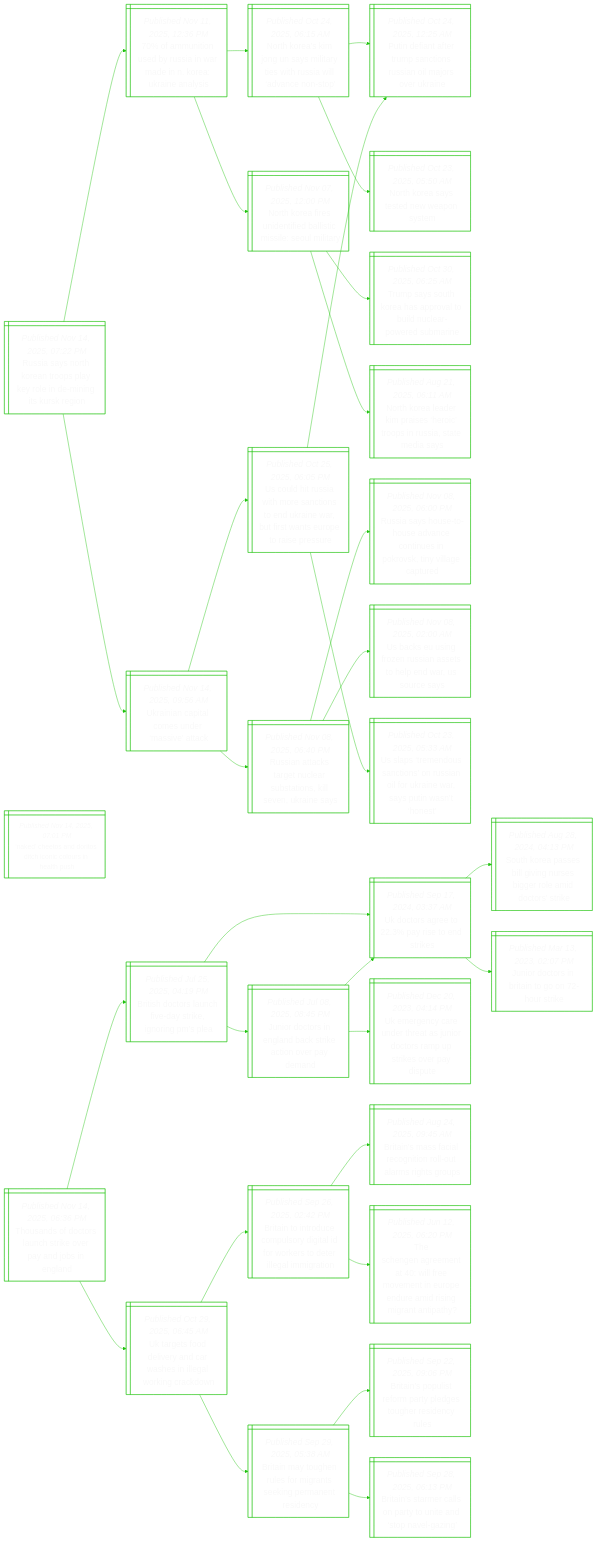
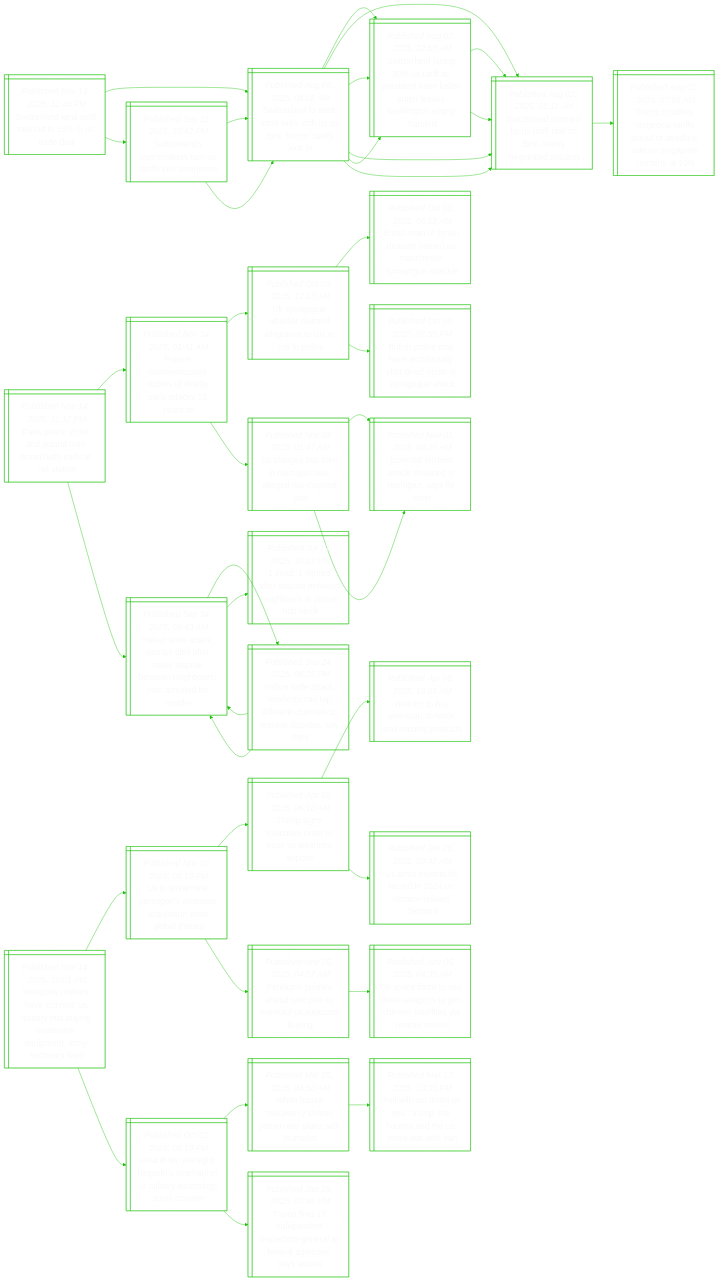
The diagram in README.md (notJmes/notJmes), drawn with Mermaid before and after one commit. The commit also changed other lines of this file, not shown here.

````diff
--- a/README.md
+++ b/README.md
@@ -16,100 +16,121 @@
 flowchart LR
 classDef txtsize font-size:20px;
 
-RaNKnpyodisko@{ shape: win-pane, label: "_Published Nov 14, 2025, 07:22 PM_
-Russia says north korean troops play key role in de-mining its kursk region" }
-ouodsnaNaias@{ shape: win-pane, label: "_Published Nov 11, 2025, 12:36 PM_
-70% of ammunition used by russia in war made in n. korea: ukraine analysis" }
-NKsosirsRaacs@{ shape: win-pane, label: "_Published Oct 24, 2025, 06:15 AM_
-North korea’s kim jong un says military ties with russia will ‘advance non-stop’" }
-Pdnemcsilrri@{ shape: win-pane, label: "_Published Oct 24, 2025, 12:25 AM_
-Putin defiant after trump sanctions russian oil majors over ukraine" }
-NKsenay@{ shape: win-pane, label: "_Published Oct 23, 2025, 05:50 AM_
-North korea says tested new weapon system" }
-NKfunelcioly@{ shape: win-pane, label: "_Published Nov 07, 2025, 12:00 PM_
-North korea fires unidentified ballistic missile: seoul military" }
-Tsooartlloda@{ shape: win-pane, label: "_Published Oct 30, 2025, 06:25 AM_
-Trump says south korea has approval to build nuclear-powered submarine" }
-NKlrrsioRaea@{ shape: win-pane, label: "_Published Aug 21, 2025, 06:11 AM_
-North korea leader kim praises ‘heroic’ troops in russia, state media says" }
-Unalsrit@{ shape: win-pane, label: "_Published Nov 14, 2025, 09:56 AM_
-Ukrainian capital comes under ‘massive’ attack" }
-Raaanasoleaa@{ shape: win-pane, label: "_Published Nov 08, 2025, 06:40 PM_
-Russian attacks target nuclear substations, kill seven, ukraine says" }
-RahtsaouPvnlae@{ shape: win-pane, label: "_Published Nov 08, 2025, 06:00 PM_
-Russia says house-to-house advance continues in pokrovsk, tiny village captured" }
-UksrRaehnUry@{ shape: win-pane, label: "_Published Nov 08, 2025, 02:00 AM_
-Us backs eu using frozen russian assets to help end war, us source says" }
-UlRamaoerwttsparr@{ shape: win-pane, label: "_Published Oct 25, 2025, 06:05 PM_
-Us could hit russia with more sanctions to end ukraine war, but first wants europe to raise pressure" }
-UpmucssorirPwht@{ shape: win-pane, label: "_Published Oct 23, 2025, 05:33 AM_
-Us slaps ‘tremendous sanctions’ on russian oil for ukraine war, says putin wasn’t ‘honest’" }
-Pdnemcsilrri@{ shape: win-pane, label: "_Published Oct 24, 2025, 12:25 AM_
-Putin defiant after trump sanctions russian oil majors over ukraine" }
+Sedtfcire@{ shape: win-pane, label: "_Published Nov 14, 2025, 11:44 PM_
+Switzerland wins tariff rate cut to 15% in us trade deal" }
+SedeesUotfk@{ shape: win-pane, label: "_Published Aug 08, 2025, 04:08 AM_
+Switzerland to seek more talks with us as 39% ‘horror’ tariffs kick in" }
+Sednaastnetaagma@{ shape: win-pane, label: "_Published Aug 07, 2025, 12:50 AM_
+Switzerland facing 39% us tariff as president karin keller-sutter leaves washington empty-handed" }
+SednUiteeaoo@{ shape: win-pane, label: "_Published Aug 02, 2025, 05:11 AM_
+Switzerland stunned by us tariff rate of 39%, seeks negotiated solution" }
+SednUiteeaoo@{ shape: win-pane, label: "_Published Aug 02, 2025, 05:11 AM_
+Switzerland stunned by us tariff rate of 39%, seeks negotiated solution" }
+SednUiteeaoo@{ shape: win-pane, label: "_Published Aug 02, 2025, 05:11 AM_
+Switzerland stunned by us tariff rate of 39%, seeks negotiated solution" }
+Tmiccraodrnarn@{ shape: win-pane, label: "_Published Aug 01, 2025, 07:56 AM_
+Trump modifies reciprocal tariffs ahead of deadline; rate on singapore remains at 10%" }
+Sedcerasti@{ shape: win-pane, label: "_Published Sep 11, 2025, 10:42 PM_
+Switzerland’s watchmakers turn us tariffs into timepieces" }
+SedeesUotfk@{ shape: win-pane, label: "_Published Aug 08, 2025, 04:08 AM_
+Switzerland to seek more talks with us as 39% ‘horror’ tariffs kick in" }
+Sednaastnetaagma@{ shape: win-pane, label: "_Published Aug 07, 2025, 12:50 AM_
+Switzerland facing 39% us tariff as president karin keller-sutter leaves washington empty-handed" }
+SednUiteeaoo@{ shape: win-pane, label: "_Published Aug 02, 2025, 05:11 AM_
+Switzerland stunned by us tariff rate of 39%, seeks negotiated solution" }
+SedeesUotfk@{ shape: win-pane, label: "_Published Aug 08, 2025, 04:08 AM_
+Switzerland to seek more talks with us as 39% ‘horror’ tariffs kick in" }
+Sednaastnetaagma@{ shape: win-pane, label: "_Published Aug 07, 2025, 12:50 AM_
+Switzerland facing 39% us tariff as president karin keller-sutter leaves washington empty-handed" }
+SednUiteeaoo@{ shape: win-pane, label: "_Published Aug 02, 2025, 05:11 AM_
+Switzerland stunned by us tariff rate of 39%, seeks negotiated solution" }
 
-RaNKnpyodisko:::txtsize --> ouodsnaNaias:::txtsize
-ouodsnaNaias:::txtsize --> NKsosirsRaacs:::txtsize
-NKsosirsRaacs:::txtsize --> Pdnemcsilrri:::txtsize
-NKsosirsRaacs:::txtsize --> NKsenay:::txtsize
-ouodsnaNaias:::txtsize --> NKfunelcioly:::txtsize
-NKfunelcioly:::txtsize --> Tsooartlloda:::txtsize
-NKfunelcioly:::txtsize --> NKlrrsioRaea:::txtsize
-RaNKnpyodisko:::txtsize --> Unalsrit:::txtsize
-Unalsrit:::txtsize --> Raaanasoleaa:::txtsize
-Raaanasoleaa:::txtsize --> RahtsaouPvnlae:::txtsize
-Raaanasoleaa:::txtsize --> UksrRaehnUry:::txtsize
-Unalsrit:::txtsize --> UlRamaoerwttsparr:::txtsize
-UlRamaoerwttsparr:::txtsize --> UpmucssorirPwht:::txtsize
-UlRamaoerwttsparr:::txtsize --> Pdnemcsilrri:::txtsize
+Sedtfcire:::txtsize --> SedeesUotfk:::txtsize
+SedeesUotfk:::txtsize --> Sednaastnetaagma:::txtsize
+Sednaastnetaagma:::txtsize --> SednUiteeaoo:::txtsize
+Sednaastnetaagma:::txtsize --> SednUiteeaoo:::txtsize
+SedeesUotfk:::txtsize --> SednUiteeaoo:::txtsize
+SednUiteeaoo:::txtsize --> Tmiccraodrnarn:::txtsize
+Sedtfcire:::txtsize --> Sedcerasti:::txtsize
+Sedcerasti:::txtsize --> SedeesUotfk:::txtsize
+SedeesUotfk:::txtsize --> Sednaastnetaagma:::txtsize
+SedeesUotfk:::txtsize --> SednUiteeaoo:::txtsize
+Sedcerasti:::txtsize --> SedeesUotfk:::txtsize
+SedeesUotfk:::txtsize --> Sednaastnetaagma:::txtsize
+SedeesUotfk:::txtsize --> SednUiteeaoo:::txtsize
 
-NCoDocnlils@{ shape: win-pane, label: "_Published Nov 14, 2025, 07:01 PM_
-‘naked’ cheetos and doritos ditch iconic colours in health push" }
+Ppetoaeheit@{ shape: win-pane, label: "_Published Nov 14, 2025, 11:12 PM_
+Paris police shoot and wound man armed with knife at rail station" }
+Feetcodrtyo@{ shape: win-pane, label: "_Published Nov 14, 2025, 01:41 AM_
+France commemorates victims of deadly paris attacks 10 years on" }
+UaecldgeIape@{ shape: win-pane, label: "_Published Oct 09, 2025, 12:13 AM_
+Uk synagogue attacker claimed allegiance to isis in call to police" }
+Bsoisnaceaec@{ shape: win-pane, label: "_Published Oct 03, 2025, 06:58 AM_
+British man of syrian descent named as manchester synagogue attacker" }
+Bsiyaeltvmnua@{ shape: win-pane, label: "_Published Oct 03, 2025, 07:55 PM_
+British police may have accidentally shot dead victim in synagogue attack" }
+Urwiholdiro@{ shape: win-pane, label: "_Published Nov 04, 2025, 01:47 AM_
+Us charges two men in michigan over alleged isis-inspired plot" }
+Pteitheiash@{ shape: win-pane, label: "_Published Nov 01, 2025, 04:36 AM_
+‘potential terrorist attack’ thwarted in michigan, says fbi chief" }
+Pteitheiash@{ shape: win-pane, label: "_Published Nov 01, 2025, 04:36 AM_
+‘potential terrorist attack’ thwarted in michigan, says fbi chief" }
+Ynecasreutnbmrdu@{ shape: win-pane, label: "_Published Sep 24, 2025, 09:43 AM_
+Yishun knife attack: woman dies after noise dispute between neighbours; man arrested for murder" }
+YnecisaftnolssP@{ shape: win-pane, label: "_Published Sep 24, 2025, 08:25 PM_
+Yishun knife attack: residents can tap different channels to resolve disputes, say mps" }
+Ynecasreutnbmrdu@{ shape: win-pane, label: "_Published Sep 24, 2025, 09:43 AM_
+Yishun knife attack: woman dies after noise dispute between neighbours; man arrested for murder" }
+Ynecasreutnbmrdu@{ shape: win-pane, label: "_Published Sep 24, 2025, 09:43 AM_
+Yishun knife attack: woman dies after noise dispute between neighbours; man arrested for murder" }
+dndrutnbahBk@{ shape: win-pane, label: "_Published Jul 19, 2025, 10:27 PM_
+1 dead, 1 injured after dispute between neighbours at yishun hdb block" }
 
+Ppetoaeheit:::txtsize --> Feetcodrtyo:::txtsize
+Feetcodrtyo:::txtsize --> UaecldgeIape:::txtsize
+UaecldgeIape:::txtsize --> Bsoisnaceaec:::txtsize
+UaecldgeIape:::txtsize --> Bsiyaeltvmnua:::txtsize
+Feetcodrtyo:::txtsize --> Urwiholdiro:::txtsize
+Urwiholdiro:::txtsize --> Pteitheiash:::txtsize
+Urwiholdiro:::txtsize --> Pteitheiash:::txtsize
+Ppetoaeheit:::txtsize --> Ynecasreutnbmrdu:::txtsize
+Ynecasreutnbmrdu:::txtsize --> YnecisaftnolssP:::txtsize
+YnecisaftnolssP:::txtsize --> Ynecasreutnbmrdu:::txtsize
+YnecisaftnolssP:::txtsize --> Ynecasreutnbmrdu:::txtsize
+Ynecasreutnbmrdu:::txtsize --> dndrutnbahBk:::txtsize
 
-Tafoutoajna@{ shape: win-pane, label: "_Published Nov 14, 2025, 06:36 PM_
-Thousands of doctors launch strike over pay and jobs in england" }
-Bstafaingl@{ shape: win-pane, label: "_Published Jul 25, 2025, 04:19 PM_
-British doctors launch five-day strike, ignoring pm’s plea" }
-Utgoier@{ shape: win-pane, label: "_Published Sep 17, 2024, 03:37 AM_
-Uk doctors agree to 22.3% pay rise to end strikes" }
-SKpsggegldor@{ shape: win-pane, label: "_Published Aug 28, 2024, 04:13 PM_
-South korea passes bill giving nurses bigger role amid doctors’ strike" }
-JroBioui@{ shape: win-pane, label: "_Published Mar 13, 2023, 02:07 PM_
-Junior doctors in britain to go on 72-hour strike" }
-JroEnkkiedd@{ shape: win-pane, label: "_Published Jul 08, 2025, 08:45 PM_
-Junior doctors in england back strike action over pay demand" }
-Utgoier@{ shape: win-pane, label: "_Published Sep 17, 2024, 03:37 AM_
-Uk doctors agree to 22.3% pay rise to end strikes" }
-Uryuttnosuivyu@{ shape: win-pane, label: "_Published Dec 20, 2023, 04:14 PM_
-Uk emergency care under threat as junior doctors ramp up strikes over pay dispute" }
-Ugolyahiakro@{ shape: win-pane, label: "_Published Oct 29, 2025, 06:45 AM_
-Uk targets food delivery and car washes in illegal working crackdown" }
-BinumogIwrellgo@{ shape: win-pane, label: "_Published Sep 26, 2025, 02:42 PM_
-Britain to introduce compulsory digital id for workers to deter illegal immigration" }
-Bisictotmho@{ shape: win-pane, label: "_Published Aug 24, 2025, 09:45 AM_
-Britain’s mass facial recognition roll-out alarms rights groups" }
-ThnealmeEerdnrnt@{ shape: win-pane, label: "_Published Jun 12, 2025, 06:20 PM_
-The schengen agreement at 40: will free movement in europe endure amid rising migrant antipathy?" }
-Biteemnepnen@{ shape: win-pane, label: "_Published Sep 29, 2025, 05:38 AM_
-Britain may toughen rules for migrants seeking permanent residency" }
-Biptrtdordr@{ shape: win-pane, label: "_Published Sep 22, 2025, 09:06 PM_
-Britain’s populist reform party pledges tougher residency rules" }
-Biacotnnpln@{ shape: win-pane, label: "_Published Sep 28, 2025, 06:13 PM_
-Britain’s starmer calls on party to unite and ‘stop navel-gazing’" }
+WnevnmatipvitSta@{ shape: win-pane, label: "_Published Nov 14, 2025, 10:01 PM_
+Weapons makers have ‘conned’ us military into buying expensive equipment, army secretary says" }
+Utleoaasngla@{ shape: win-pane, label: "_Published Nov 07, 2025, 08:10 PM_
+Us to streamline pentagon’s weapons acquisition amid global threats" }
+TsetroUpxs@{ shape: win-pane, label: "_Published Apr 10, 2025, 06:10 AM_
+Trump signs executive order to ease us weapons exports" }
+Vaurdcsios@{ shape: win-pane, label: "_Published Apr 08, 2025, 10:05 AM_
+Vietnam to buy american defence and security products" }
+Usrtrnildd@{ shape: win-pane, label: "_Published Jan 25, 2025, 03:42 AM_
+Us arms exports hit record in 2024 on ukraine-related demand" }
+Pgshiavuesn@{ shape: win-pane, label: "_Published Nov 05, 2025, 04:57 AM_
+Pentagon pushes ahead with plan to overhaul us weapons buying" }
+Uccsepohelseco@{ shape: win-pane, label: "_Published Nov 05, 2025, 04:35 AM_
+Us space force to use three weapons to jam chinese satellites via remote control" }
+Alvggshflyhscr@{ shape: win-pane, label: "_Published Oct 02, 2025, 06:19 PM_
+‘assault on oversight’: hegseth’s overhaul of us military watchdogs spurs concern" }
+WHmkssnliui@{ shape: win-pane, label: "_Published Mar 25, 2025, 04:50 AM_
+White house mistakenly shares yemen war plans with journalist" }
+Hiinuposhrah@{ shape: win-pane, label: "_Published Mar 17, 2025, 03:35 PM_
+‘hell will rain down on you’: trump, the houthis and the us’ proxy war with iran" }
+Tfietesrfanso@{ shape: win-pane, label: "_Published Jan 25, 2025, 03:45 PM_
+Trump fires 17 independent inspectors-general at federal agencies, says source" }
 
-Tafoutoajna:::txtsize --> Bstafaingl:::txtsize
-Bstafaingl:::txtsize --> Utgoier:::txtsize
-Utgoier:::txtsize --> SKpsggegldor:::txtsize
-Utgoier:::txtsize --> JroBioui:::txtsize
-Bstafaingl:::txtsize --> JroEnkkiedd:::txtsize
-JroEnkkiedd:::txtsize --> Utgoier:::txtsize
-JroEnkkiedd:::txtsize --> Uryuttnosuivyu:::txtsize
-Tafoutoajna:::txtsize --> Ugolyahiakro:::txtsize
-Ugolyahiakro:::txtsize --> BinumogIwrellgo:::txtsize
-BinumogIwrellgo:::txtsize --> Bisictotmho:::txtsize
-BinumogIwrellgo:::txtsize --> ThnealmeEerdnrnt:::txtsize
-Ugolyahiakro:::txtsize --> Biteemnepnen:::txtsize
-Biteemnepnen:::txtsize --> Biptrtdordr:::txtsize
-Biteemnepnen:::txtsize --> Biacotnnpln:::txtsize
+WnevnmatipvitSta:::txtsize --> Utleoaasngla:::txtsize
+Utleoaasngla:::txtsize --> TsetroUpxs:::txtsize
+TsetroUpxs:::txtsize --> Vaurdcsios:::txtsize
+TsetroUpxs:::txtsize --> Usrtrnildd:::txtsize
+Utleoaasngla:::txtsize --> Pgshiavuesn:::txtsize
+Pgshiavuesn:::txtsize --> Uccsepohelseco:::txtsize
+WnevnmatipvitSta:::txtsize --> Alvggshflyhscr:::txtsize
+Alvggshflyhscr:::txtsize --> WHmkssnliui:::txtsize
+WHmkssnliui:::txtsize --> Hiinuposhrah:::txtsize
+Alvggshflyhscr:::txtsize --> Tfietesrfanso:::txtsize
 
 ```
````
